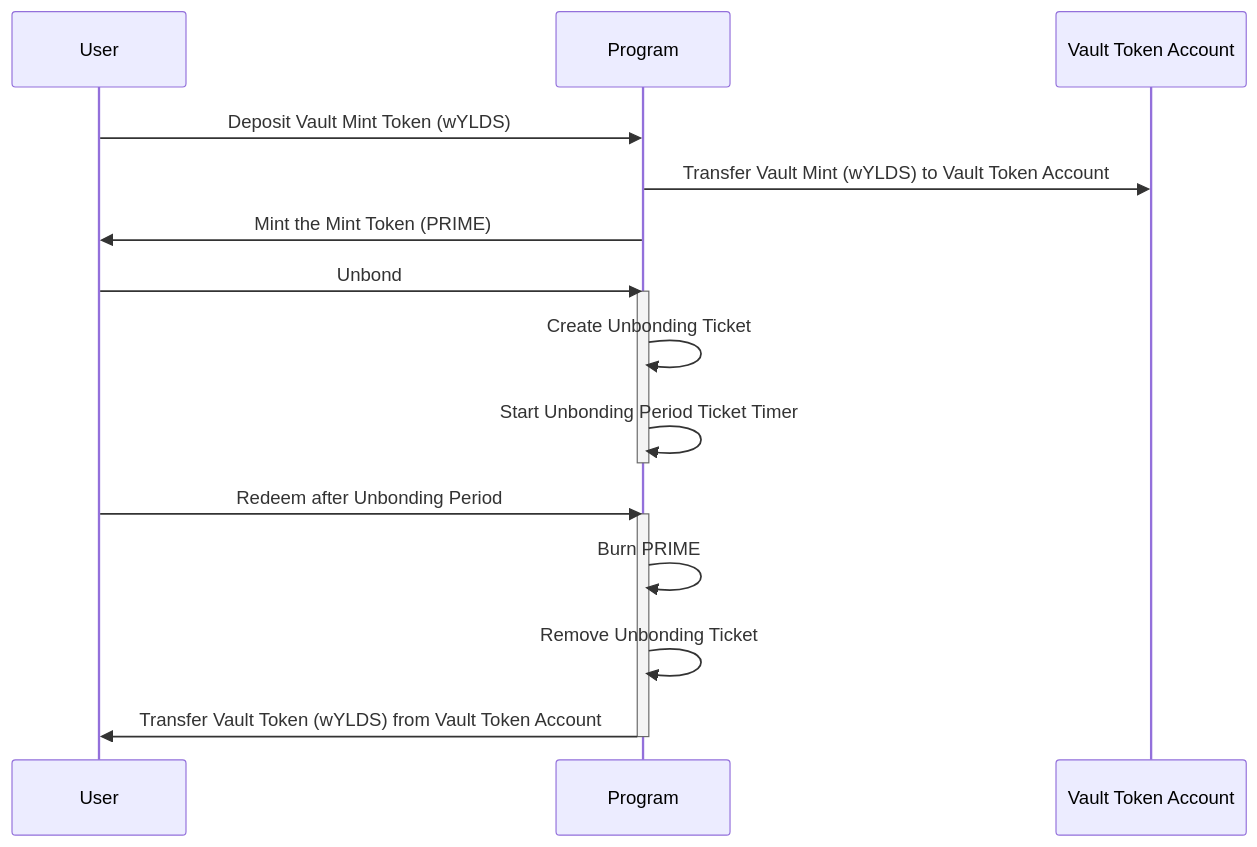
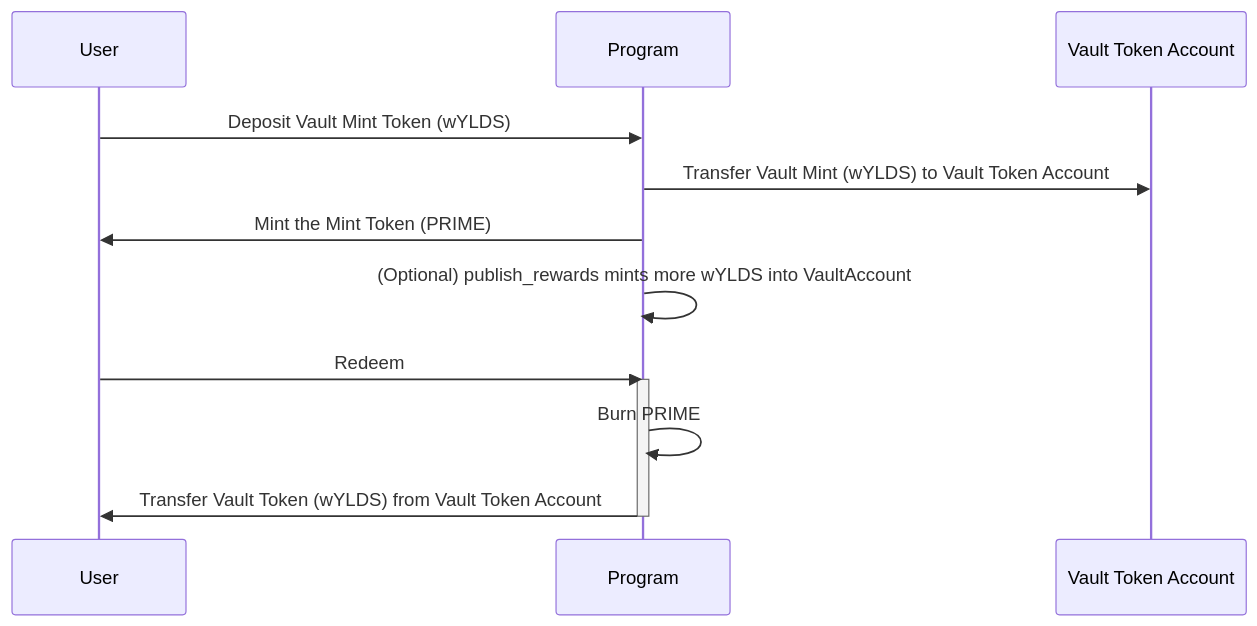
Before and after one commit to provenance-io/hastra-sol-vault: the second of 2 diagrams in README.md, drawn with Mermaid. The commit also changed other lines of this file, not shown here.

````diff
--- a/README.md
+++ b/README.md
@@ -205,21 +222,16 @@
 ```mermaid
 sequenceDiagram
     participant User
     participant Program
     participant VaultAccount as Vault Token Account
     
     User->>Program: Deposit Vault Mint Token (wYLDS)
     Program->>VaultAccount: Transfer Vault Mint (wYLDS) to Vault Token Account
     Program->>User: Mint the Mint Token (PRIME)
-    User->>Program: Unbond
-    activate Program
-    Program->>Program: Create Unbonding Ticket
-    Program->>Program: Start Unbonding Period Ticket Timer
-    deactivate Program
-    User->>Program: Redeem after Unbonding Period
+    Program->>Program: (Optional) publish_rewards mints more wYLDS into VaultAccount
+    User->>Program: Redeem
     activate Program
     Program->>Program: Burn PRIME
-    Program->>Program: Remove Unbonding Ticket
     Program->>User: Transfer Vault Token (wYLDS) from Vault Token Account
     deactivate Program
 ```
````
